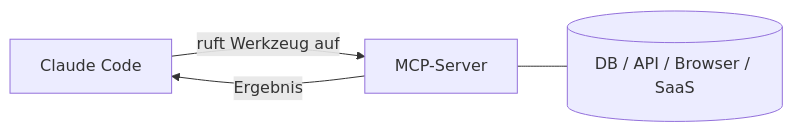
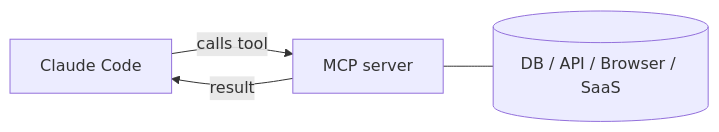
One commit to derob98/ailmanac changed the diagram in i18n/de/docusaurus-plugin-content-docs/current/claude-code/mcp.mdx. Above: the diagram before and after it, drawn with Mermaid. The commit also changed other lines of this file and 5 other files, not shown here.

````diff
--- a/i18n/de/docusaurus-plugin-content-docs/current/claude-code/mcp.mdx
+++ b/i18n/de/docusaurus-plugin-content-docs/current/claude-code/mcp.mdx
@@ -17,6 +19,6 @@
 ```mermaid
 flowchart LR
-  CC[Claude Code] -- ruft Werkzeug auf --> S[MCP-Server]
-  S -- Ergebnis --> CC
+  CC[Claude Code] -- calls tool --> S[MCP server]
+  S -- result --> CC
   S --- D[(DB / API / Browser / SaaS)]
 ```
````
